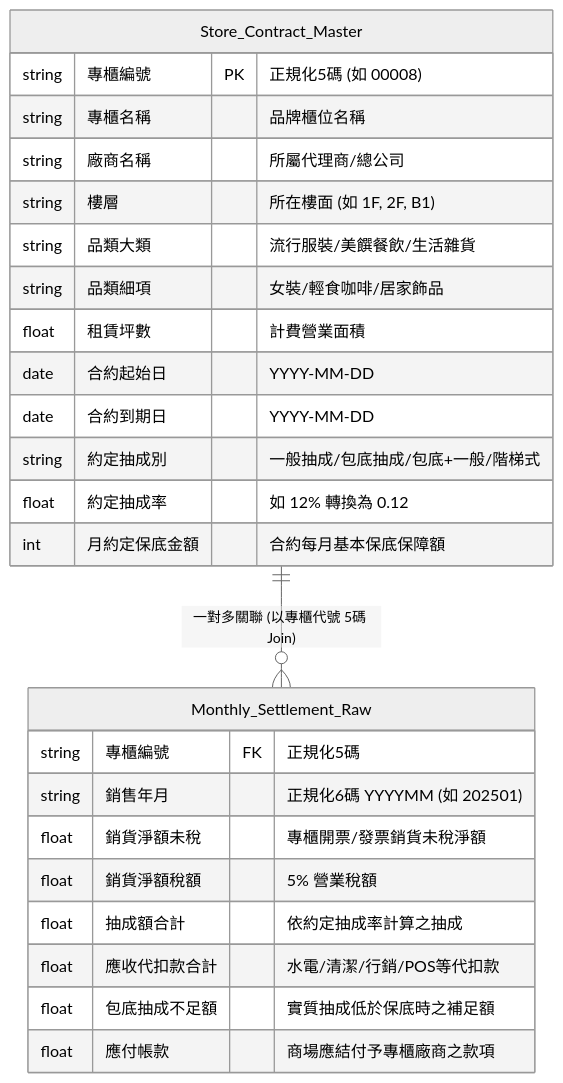
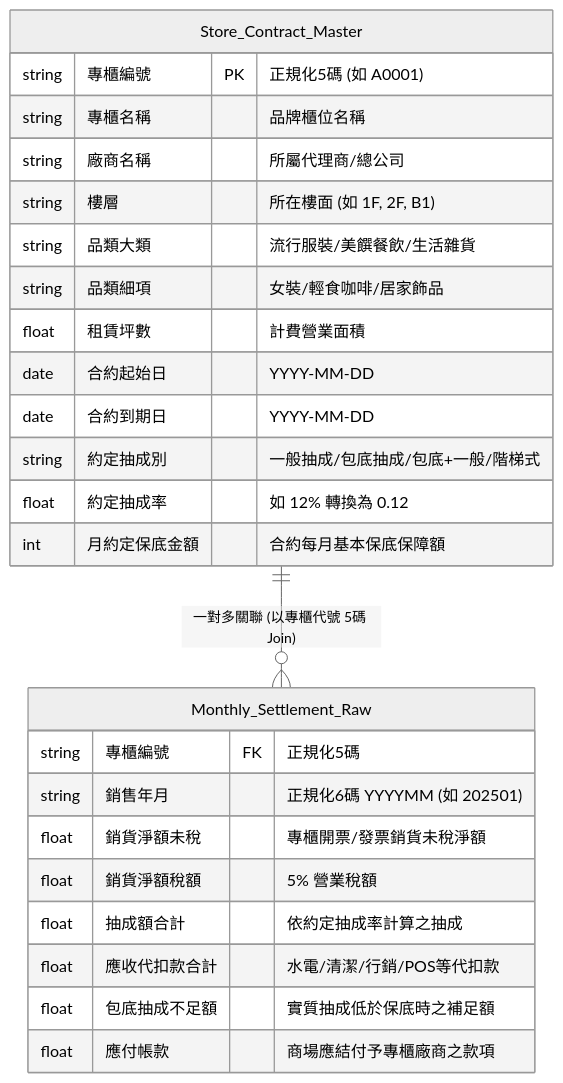
The first of 2 diagrams in SYSTEM_AUDIT_AND_ROADMAP.md (lintoro/leasing-dashboard), drawn with Mermaid (neutral theme) before and after one commit. The commit also changed other lines of this file and 4 other files, not shown here.

````diff
--- a/SYSTEM_AUDIT_AND_ROADMAP.md
+++ b/SYSTEM_AUDIT_AND_ROADMAP.md
@@ -38,28 +38,28 @@
 ```mermaid
 erDiagram
     Store_Contract_Master ||--o{ Monthly_Settlement_Raw : "一對多關聯 (以專櫃代號 5碼 Join)"
     Store_Contract_Master {
-        string 專櫃編號 PK "正規化5碼 (如 00008)"
+        string 專櫃編號 PK "正規化5碼 (如 A0001)"
         string 專櫃名稱 "品牌櫃位名稱"
         string 廠商名稱 "所屬代理商/總公司"
         string 樓層 "所在樓面 (如 1F, 2F, B1)"
         string 品類大類 "流行服裝/美饌餐飲/生活雜貨"
         string 品類細項 "女裝/輕食咖啡/居家飾品"
         float 租賃坪數 "計費營業面積"
         date 合約起始日 "YYYY-MM-DD"
         date 合約到期日 "YYYY-MM-DD"
         string 約定抽成別 "一般抽成/包底抽成/包底+一般/階梯式"
         float 約定抽成率 "如 12% 轉換為 0.12"
         int 月約定保底金額 "合約每月基本保底保障額"
     }
     Monthly_Settlement_Raw {
         string 專櫃編號 FK "正規化5碼"
         string 銷售年月 "正規化6碼 YYYYMM (如 202501)"
         float 銷貨淨額未稅 "專櫃開票/發票銷貨未稅淨額"
         float 銷貨淨額稅額 "5% 營業稅額"
         float 抽成額合計 "依約定抽成率計算之抽成"
         float 應收代扣款合計 "水電/清潔/行銷/POS等代扣款"
         float 包底抽成不足額 "實質抽成低於保底時之補足額"
         float 應付帳款 "商場應結付予專櫃廠商之款項"
     }
 ```
````
